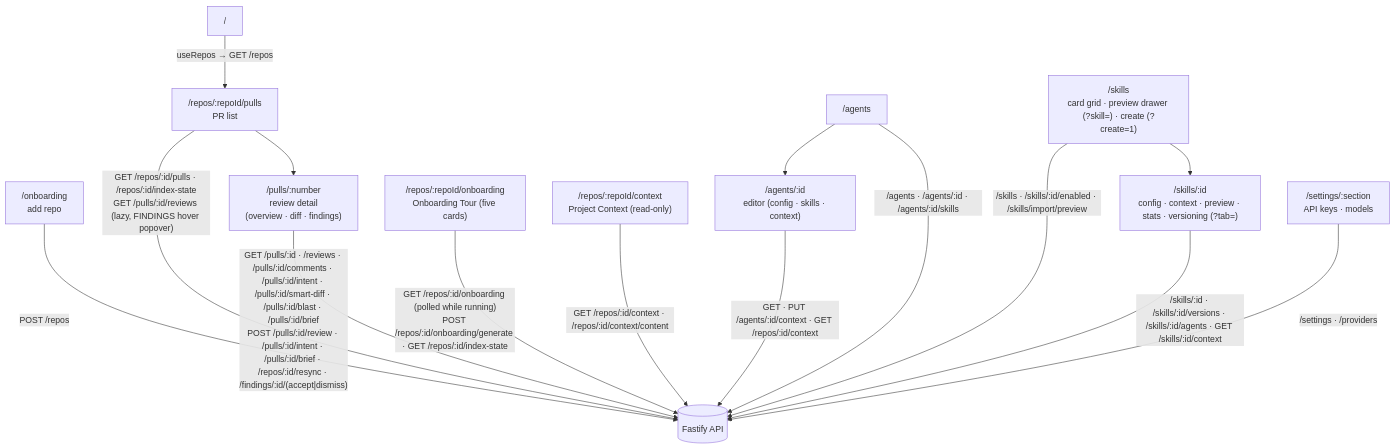
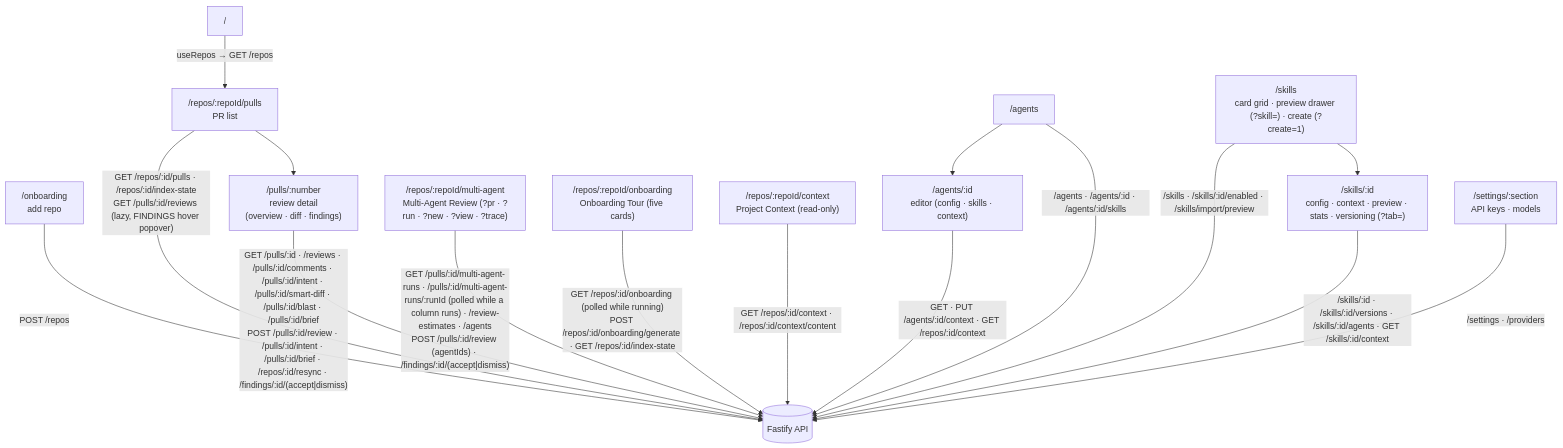
One commit to artemmmon/dev-digest changed the diagram in client/README.md. Above: the diagram before and after it, drawn with Mermaid. The commit also changed 126 other files, not shown here.

First line of the commit message:
feat: Multi-Agent Review — parallel runs, live columns, grouped findings and "Where agents disagree"

````diff
--- a/client/README.md
+++ b/client/README.md
@@ -23,22 +23,24 @@
 ```mermaid
 flowchart TD
   ROOT["/"] -->|"useRepos → GET /repos"| PULLS["/repos/:repoId/pulls<br/>PR list"]
   ONB["/onboarding<br/>add repo"] -->|"POST /repos"| API[("Fastify API")]
   PULLS --> PR["/pulls/:number<br/>review detail<br/>(overview · diff · findings)"]
 
   CTX["/repos/:repoId/context<br/>Project Context (read-only)"]
   TOUR["/repos/:repoId/onboarding<br/>Onboarding Tour (five cards)"]
+  MA["/repos/:repoId/multi-agent<br/>Multi-Agent Review (?pr · ?run · ?new · ?view · ?trace)"]
   AGENTS["/agents"] --> AGENT["/agents/:id<br/>editor (config · skills · context)"]
   SKILLS["/skills<br/>card grid · preview drawer (?skill=) · create (?create=1)"] --> SKILL["/skills/:id<br/>config · context · preview · stats · versioning (?tab=)"]
   SETTINGS["/settings/:section<br/>API keys · models"]
 
   PULLS -->|"GET /repos/:id/pulls · /repos/:id/index-state<br/>GET /pulls/:id/reviews (lazy, FINDINGS hover popover)"| API
   PR -->|"GET /pulls/:id · /reviews · /pulls/:id/comments · /pulls/:id/intent · /pulls/:id/smart-diff · /pulls/:id/blast · /pulls/:id/brief<br/>POST /pulls/:id/review · /pulls/:id/intent · /pulls/:id/brief · /repos/:id/resync · /findings/:id/(accept|dismiss)"| API
+  MA -->|"GET /pulls/:id/multi-agent-runs · /pulls/:id/multi-agent-runs/:runId (polled while a column runs) · /review-estimates · /agents<br/>POST /pulls/:id/review (agentIds) · /findings/:id/(accept|dismiss)"| API
   TOUR -->|"GET /repos/:id/onboarding (polled while running)<br/>POST /repos/:id/onboarding/generate · GET /repos/:id/index-state"| API
   CTX -->|"GET /repos/:id/context · /repos/:id/context/content"| API
   AGENT -->|"GET · PUT /agents/:id/context · GET /repos/:id/context"| API
   AGENTS -->|"/agents · /agents/:id · /agents/:id/skills"| API
   SKILLS -->|"/skills · /skills/:id/enabled · /skills/import/preview"| API
   SKILL -->|"/skills/:id · /skills/:id/versions · /skills/:id/agents · GET /skills/:id/context"| API
   SETTINGS -->|"/settings · /providers"| API
 ```
````
